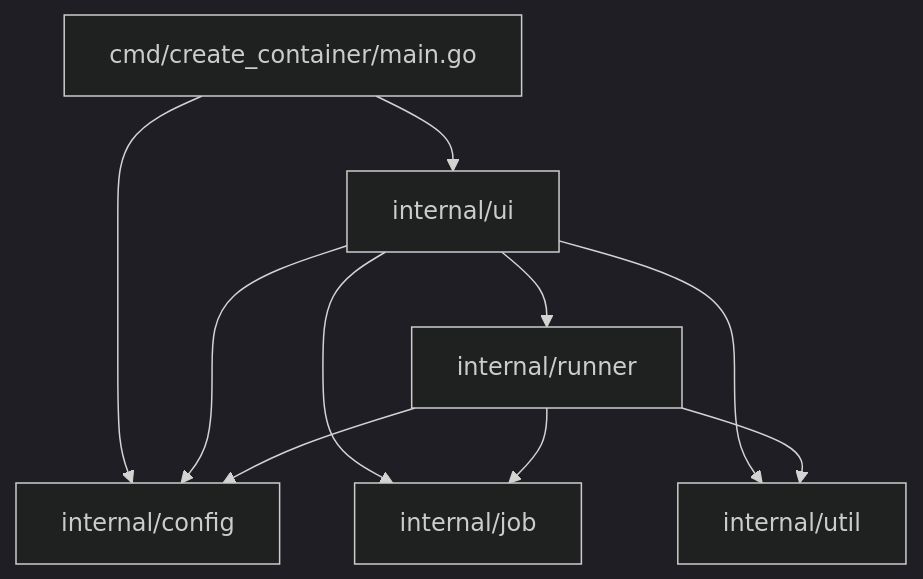
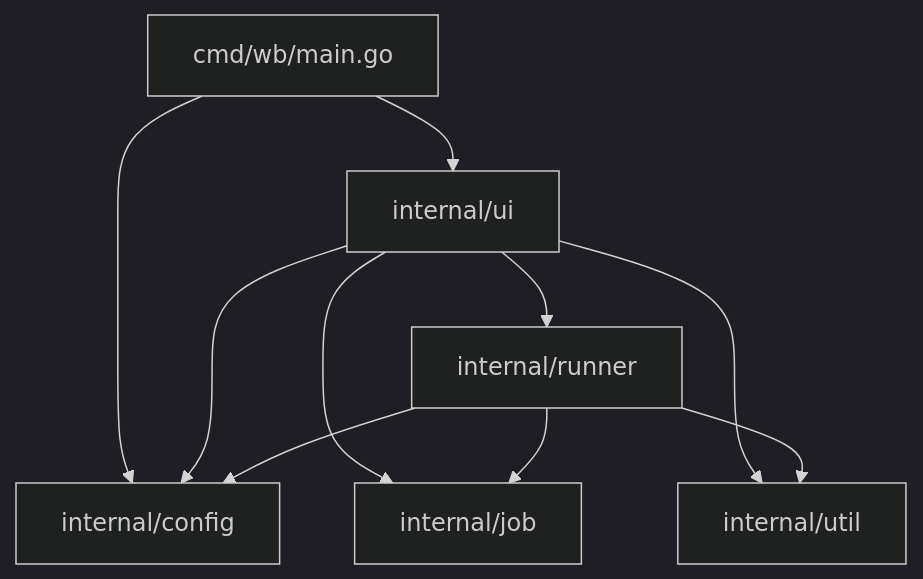
Before and after one commit to ocfl-archive/workbench: the first of 2 diagrams in docs/ARCHITECTURE.md, drawn with Mermaid (dark theme). The commit also changed other lines of this file and 5 other files, not shown here.

Commit message:
Rename create_container command to wb

````diff
--- a/docs/ARCHITECTURE.md
+++ b/docs/ARCHITECTURE.md
@@ -17,14 +17,14 @@
 ```mermaid
 graph TD
-    Main[cmd/create_container/main.go] --> Config[internal/config]
+    Main[cmd/wb/main.go] --> Config[internal/config]
     Main --> UI[internal/ui]
 
     UI --> Job[internal/job]
     UI --> Runner[internal/runner]
     UI --> Util[internal/util]
     UI --> Config
 
     Runner --> Config
     Runner --> Job
     Runner --> Util
 ```
````
